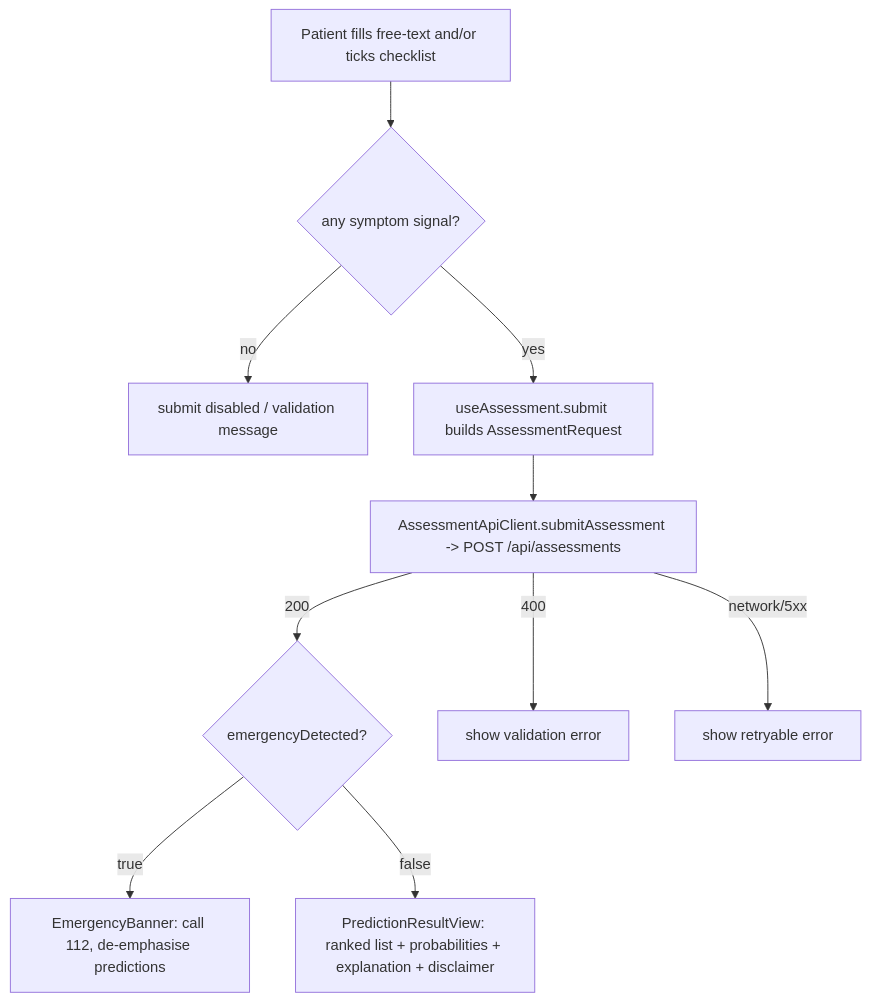
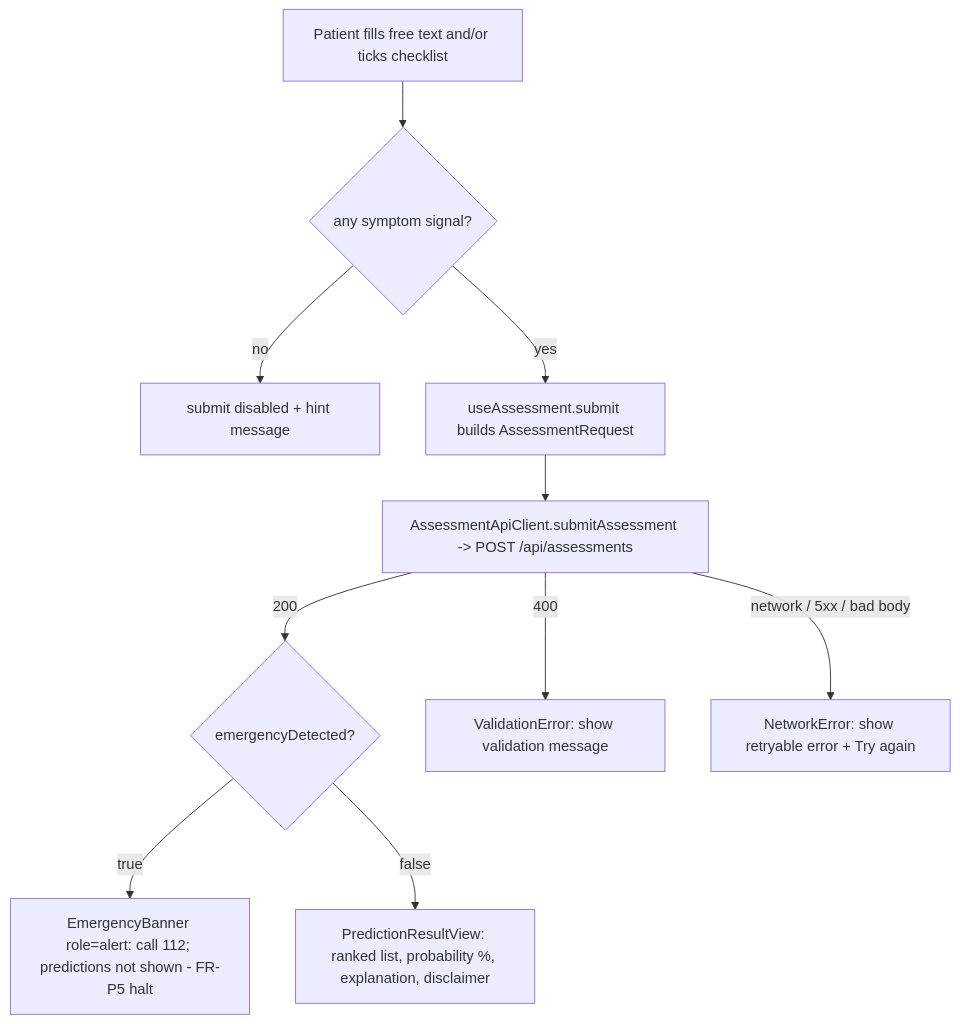
The diagram in docs/mdd/iteration3/assessment_feature_flow.mmd (Disease-Prediction-ASET26/disease-prediction-docs), drawn with Mermaid before and after one commit. The commit also changed 14 other files, not shown here.

First line of the commit message:
docs(mdd): add implemented Iteration 3 and 4 diagrams from the frontend repo

```diff
--- a/docs/mdd/iteration3/assessment_feature_flow.mmd
+++ b/docs/mdd/iteration3/assessment_feature_flow.mmd
@@ -1,12 +1,12 @@
 %% MDD Iteration 3 - Behavioural model: submit flow
 %% Render: VS Code Mermaid preview, IntelliJ, or https://mermaid.live
 flowchart TD
-    A[Patient fills free-text and/or ticks checklist] --> B{any symptom signal?}
-    B -->|no| C[submit disabled / validation message]
+    A[Patient fills free text and/or ticks checklist] --> B{any symptom signal?}
+    B -->|no| C[submit disabled + hint message]
     B -->|yes| D[useAssessment.submit builds AssessmentRequest]
     D --> E[AssessmentApiClient.submitAssessment -> POST /api/assessments]
     E -->|200| F{emergencyDetected?}
-    E -->|400| G[show validation error]
-    E -->|network/5xx| H[show retryable error]
-    F -->|true| I[EmergencyBanner: call 112, de-emphasise predictions]
-    F -->|false| J[PredictionResultView: ranked list + probabilities + explanation + disclaimer]
+    E -->|400| G[ValidationError: show validation message]
+    E -->|network / 5xx / bad body| H[NetworkError: show retryable error + Try again]
+    F -->|true| I[EmergencyBanner role=alert: call 112; predictions not shown - FR-P5 halt]
+    F -->|false| J[PredictionResultView: ranked list, probability %, explanation, disclaimer]
```
